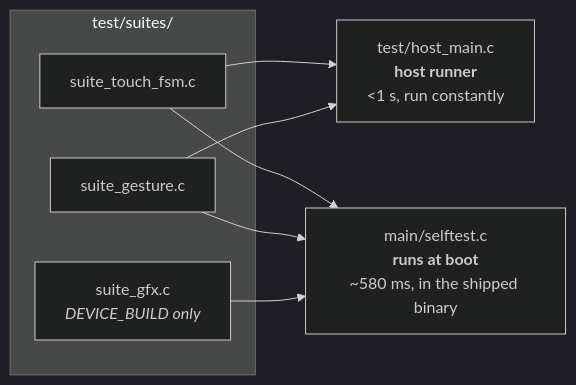
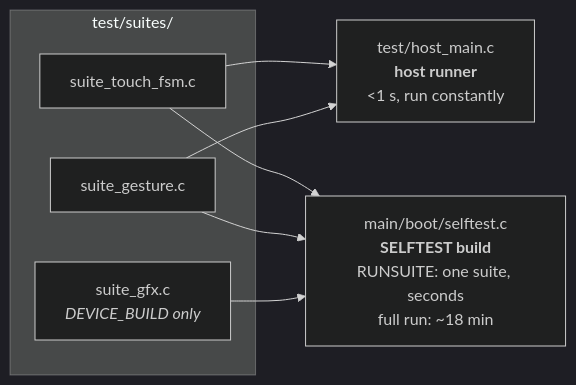
One commit to jose-villegas/autana changed the first of 3 diagrams in docs/Testing-Guide.md. Above: the diagram before and after it, drawn with Mermaid (dark theme). The commit also changed other lines of this file and 2 other files, not shown here.

````diff
--- a/docs/Testing-Guide.md
+++ b/docs/Testing-Guide.md
@@ -103,11 +72,11 @@
 ```mermaid
 flowchart LR
     subgraph shared["test/suites/"]
         S1["suite_touch_fsm.c"]
         S2["suite_gesture.c"]
         S3["suite_gfx.c<br/><i>DEVICE_BUILD only</i>"]
     end
 
     S1 & S2 --> HOST["test/host_main.c<br/><b>host runner</b><br/>&lt;1 s, run constantly"]
-    S1 & S2 & S3 --> DEV["main/selftest.c<br/><b>runs at boot</b><br/>~580 ms, in the shipped binary"]
+    S1 & S2 & S3 --> DEV["main/boot/selftest.c<br/><b>SELFTEST build</b><br/>RUNSUITE: one suite, seconds<br/>full run: ~18 min"]
 ```
````
